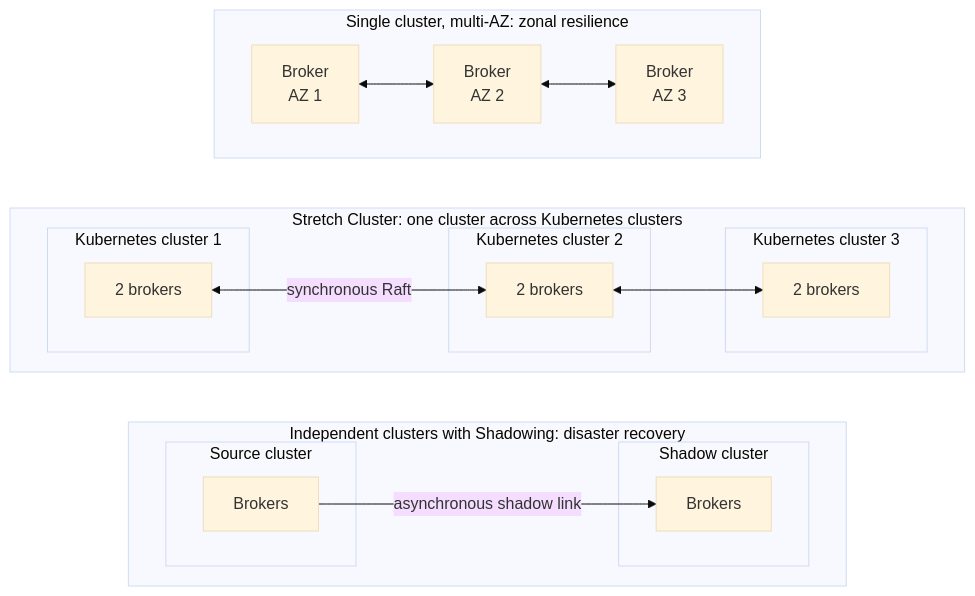
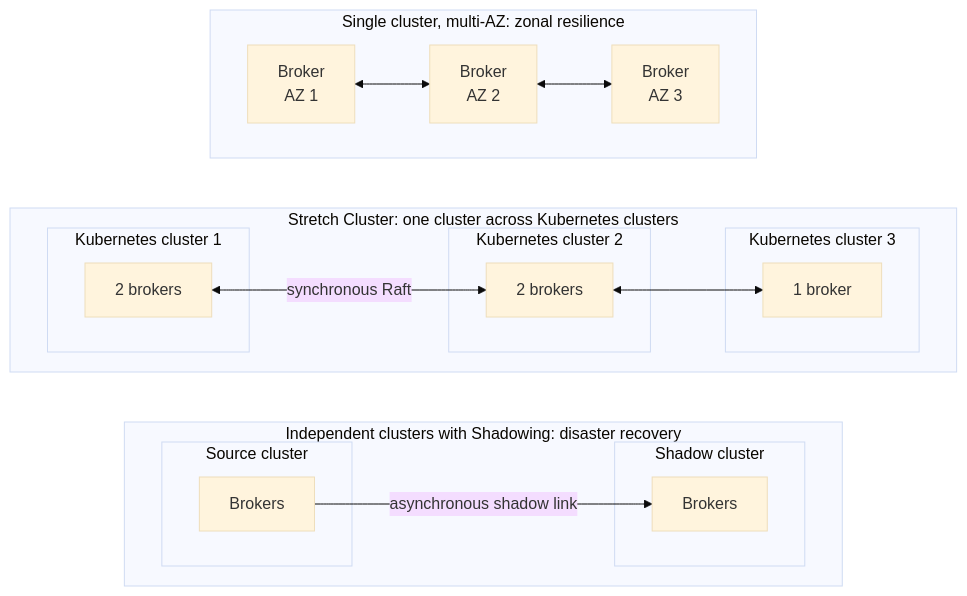
The diagram in modules/deploy/pages/redpanda/kubernetes/k-choose-deployment.adoc (redpanda-data/docs), drawn with Mermaid (base theme) before and after one commit. The commit also changed 1 other file, not shown here.

Commit message:
docs: revert to the 2/2/1 broker layout and arrange clusters side by side
Per review: 2/2/1 with default_topic_replications: 5 keeps an odd
broker count, so the cluster always holds a clean three-of-five
majority through the loss of any one location, and with five replicas
on five brokers every broker holds a copy of every partition, so any
surviving location retains a complete copy of the data even if quorum
is lost.

Also lay the architecture diagram out left-to-right so the three
Kubernetes clusters appear side by side with the full cross-cluster
mesh visible, instead of stacked vertically.

```diff
--- a/modules/deploy/pages/redpanda/kubernetes/k-choose-deployment.adoc
+++ b/modules/deploy/pages/redpanda/kubernetes/k-choose-deployment.adoc
@@ -37,33 +37,33 @@
 [mermaid]
 ----
 graph TB
     subgraph single["Single cluster, multi-AZ: zonal resilience"]
         direction LR
         sa["Broker<br/>AZ 1"] <--> sb["Broker<br/>AZ 2"] <--> sc["Broker<br/>AZ 3"]
     end
     subgraph stretch["Stretch Cluster: one cluster across Kubernetes clusters"]
         direction LR
         subgraph k1["Kubernetes cluster 1"]
             t1["2 brokers"]
         end
         subgraph k2["Kubernetes cluster 2"]
             t2["2 brokers"]
         end
         subgraph k3["Kubernetes cluster 3"]
-            t3["2 brokers"]
+            t3["1 broker"]
         end
         t1 <-->|"synchronous Raft"| t2
         t2 <--> t3
     end
     subgraph shadow["Independent clusters with Shadowing: disaster recovery"]
         direction LR
         subgraph src["Source cluster"]
             p1["Brokers"]
         end
         subgraph dst["Shadow cluster"]
             p2["Brokers"]
         end
         p1 -->|"asynchronous shadow link"| p2
     end
     single ~~~ stretch ~~~ shadow
 ----
```
